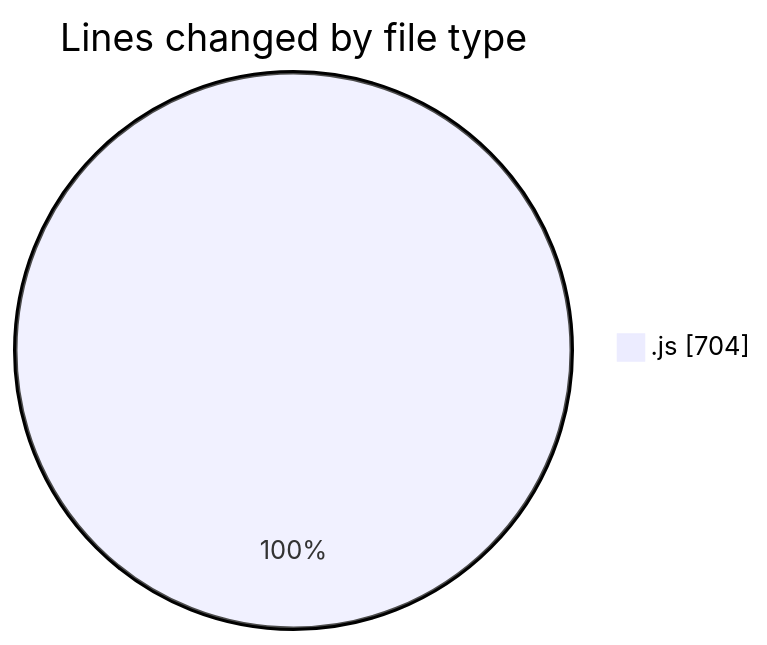
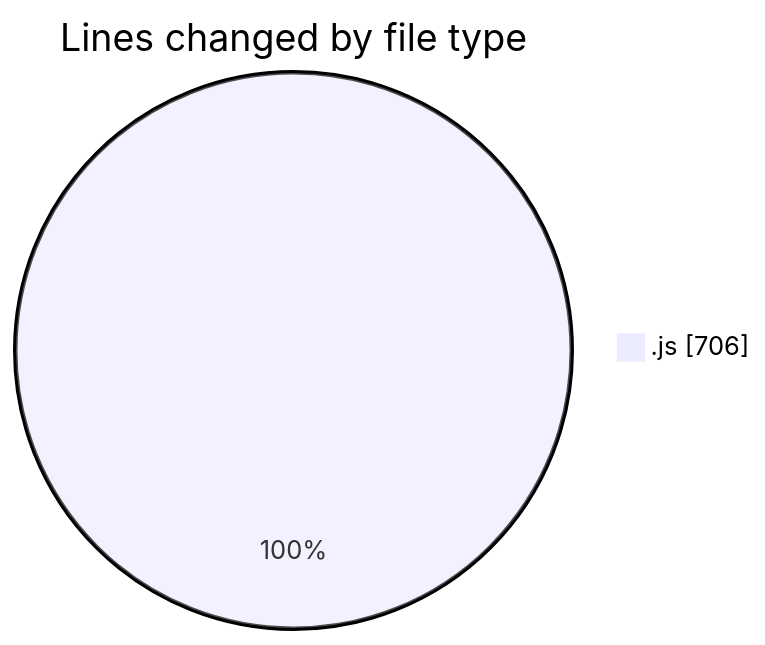
The first of 2 diagrams in 2025-03-13/cda/README.md (momahboobian/code-tracking), drawn with Mermaid before and after one commit. The commit also changed other lines of this file and 1 other file, not shown here.

````diff
--- a/2025-03-13/cda/README.md
+++ b/2025-03-13/cda/README.md
@@ -22,5 +22,5 @@
 ```mermaid
 pie showData
 title Lines changed by file type
-".js" : 704
+".js" : 706
 ```
````
